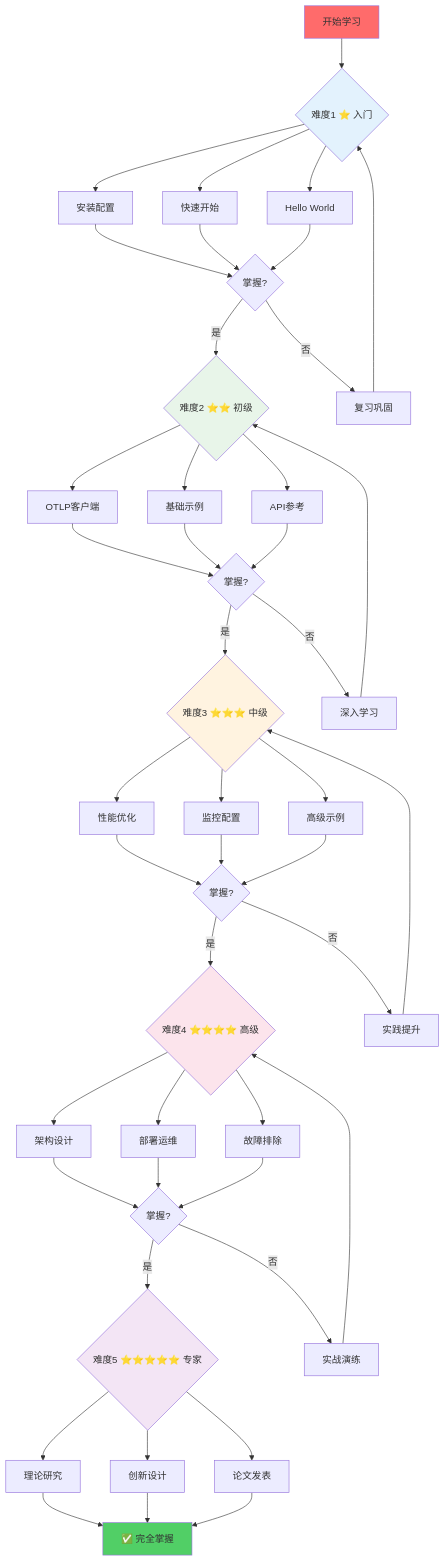
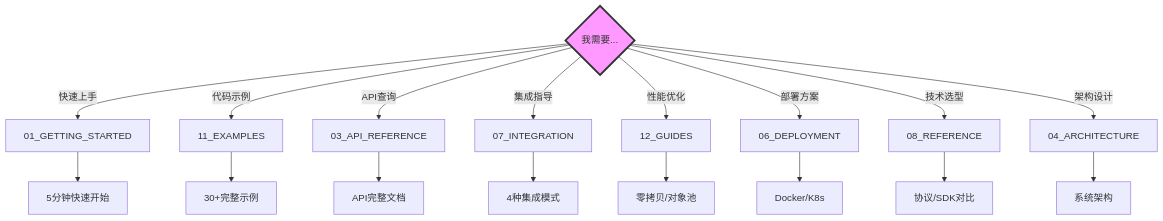
One commit to AdaMartin18010/OTLP_rust changed the fourth of 4 diagrams in docs/00_INDEX/KNOWLEDGE_GRAPH.md. Above: the diagram before and after it, drawn with Mermaid. The commit also changed other lines of this file and 53 other files, not shown here.

````diff
--- a/docs/00_INDEX/KNOWLEDGE_GRAPH.md
+++ b/docs/00_INDEX/KNOWLEDGE_GRAPH.md
@@ -679,54 +227,24 @@
 ```mermaid
 graph TD
-    START[开始学习] --> LEVEL1{难度1 ⭐ 入门}
+    Need{我需要...}
     
-    LEVEL1 --> L1D1[安装配置]
-    LEVEL1 --> L1D2[快速开始]
-    LEVEL1 --> L1D3[Hello World]
+    Need -->|快速上手| N1[01_GETTING_STARTED]
+    Need -->|代码示例| N2[11_EXAMPLES]
+    Need -->|API查询| N3[03_API_REFERENCE]
+    Need -->|集成指导| N4[07_INTEGRATION]
+    Need -->|性能优化| N5[12_GUIDES]
+    Need -->|部署方案| N6[06_DEPLOYMENT]
+    Need -->|技术选型| N7[08_REFERENCE]
+    Need -->|架构设计| N8[04_ARCHITECTURE]
     
-    L1D1 & L1D2 & L1D3 --> CHECK1{掌握?}
-    CHECK1 -->|是| LEVEL2{难度2 ⭐⭐ 初级}
-    CHECK1 -->|否| REVIEW1[复习巩固]
-    REVIEW1 --> LEVEL1
+    N1 --> T1[5分钟快速开始]
+    N2 --> T2[30+完整示例]
+    N3 --> T3[API完整文档]
+    N4 --> T4[4种集成模式]
+    N5 --> T5[零拷贝/对象池]
+    N6 --> T6[Docker/K8s]
+    N7 --> T7[协议/SDK对比]
+    N8 --> T8[系统架构]
     
-    LEVEL2 --> L2D1[OTLP客户端]
-    LEVEL2 --> L2D2[基础示例]
-    LEVEL2 --> L2D3[API参考]
-    
-    L2D1 & L2D2 & L2D3 --> CHECK2{掌握?}
-    CHECK2 -->|是| LEVEL3{难度3 ⭐⭐⭐ 中级}
-    CHECK2 -->|否| REVIEW2[深入学习]
-    REVIEW2 --> LEVEL2
-    
-    LEVEL3 --> L3D1[性能优化]
-    LEVEL3 --> L3D2[监控配置]
-    LEVEL3 --> L3D3[高级示例]
-    
-    L3D1 & L3D2 & L3D3 --> CHECK3{掌握?}
-    CHECK3 -->|是| LEVEL4{难度4 ⭐⭐⭐⭐ 高级}
-    CHECK3 -->|否| REVIEW3[实践提升]
-    REVIEW3 --> LEVEL3
-    
-    LEVEL4 --> L4D1[架构设计]
-    LEVEL4 --> L4D2[部署运维]
-    LEVEL4 --> L4D3[故障排除]
-    
-    L4D1 & L4D2 & L4D3 --> CHECK4{掌握?}
-    CHECK4 -->|是| LEVEL5{难度5 ⭐⭐⭐⭐⭐ 专家}
-    CHECK4 -->|否| REVIEW4[实战演练]
-    REVIEW4 --> LEVEL4
-    
-    LEVEL5 --> L5D1[理论研究]
-    LEVEL5 --> L5D2[创新设计]
-    LEVEL5 --> L5D3[论文发表]
-    
-    L5D1 & L5D2 & L5D3 --> COMPLETE[✅ 完全掌握]
-    
-    style START fill:#ff6b6b
-    style COMPLETE fill:#51cf66
-    style LEVEL1 fill:#e3f2fd
-    style LEVEL2 fill:#e8f5e9
-    style LEVEL3 fill:#fff3e0
-    style LEVEL4 fill:#fce4ec
-    style LEVEL5 fill:#f3e5f5
+    style Need fill:#f9f,stroke:#333,stroke-width:3px
 ```
````
